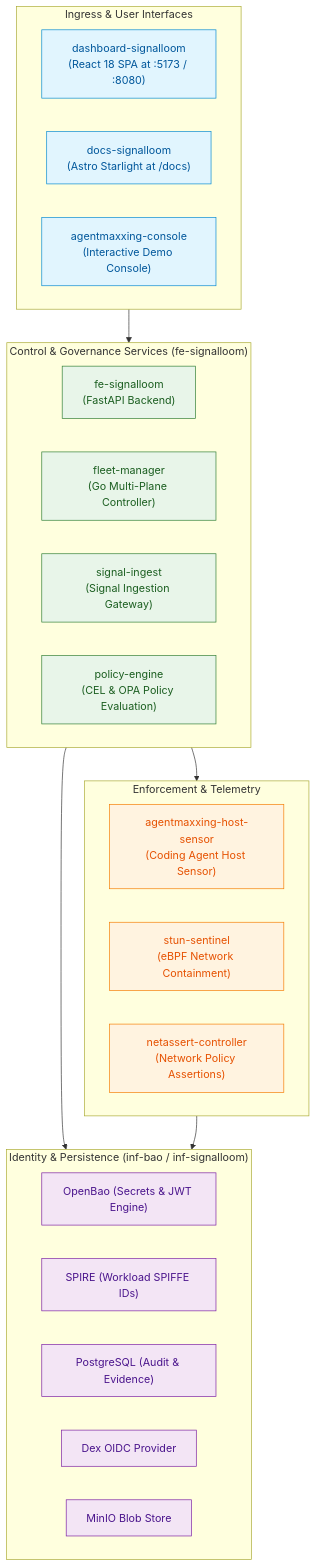
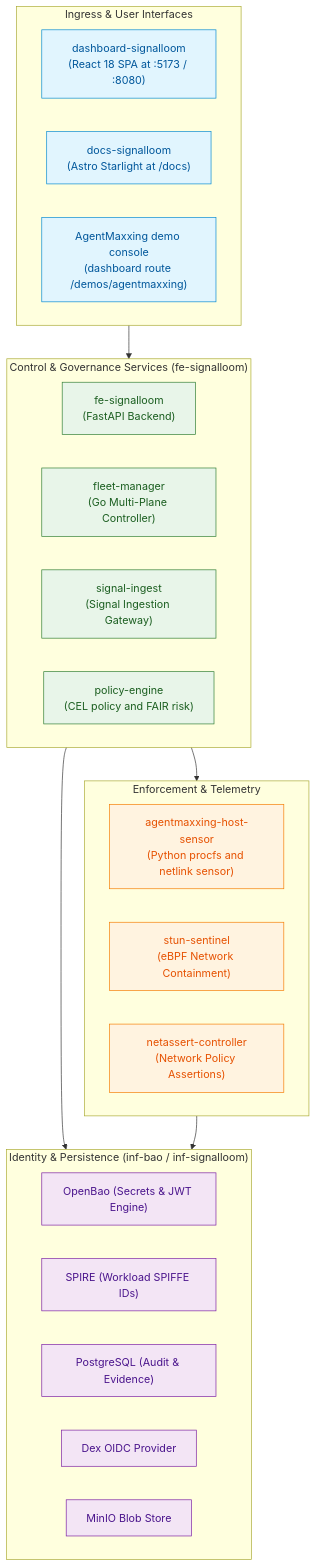
The diagram in d2-signalloom/AGENTS.md (sublimino/architecture-as-code), drawn with Mermaid before and after one commit. The commit also changed other lines of this file and 5 other files, not shown here.

````diff
--- a/d2-signalloom/AGENTS.md
+++ b/d2-signalloom/AGENTS.md
@@ -8,43 +10,43 @@
 ```mermaid
 flowchart TB
   subgraph INGRESS["Ingress & User Interfaces"]
     SPA["dashboard-signalloom<br/>(React 18 SPA at :5173 / :8080)"]
     DOCS["docs-signalloom<br/>(Astro Starlight at /docs)"]
-    CONSOLE["agentmaxxing-console<br/>(Interactive Demo Console)"]
+    CONSOLE["AgentMaxxing demo console<br/>(dashboard route /demos/agentmaxxing)"]
   end
 
   subgraph CONTROL["Control & Governance Services (fe-signalloom)"]
     API["fe-signalloom<br/>(FastAPI Backend)"]
     FM["fleet-manager<br/>(Go Multi-Plane Controller)"]
     INGEST["signal-ingest<br/>(Signal Ingestion Gateway)"]
-    PE["policy-engine<br/>(CEL & OPA Policy Evaluation)"]
+    PE["policy-engine<br/>(CEL policy and FAIR risk)"]
   end
 
   subgraph ENFORCE["Enforcement & Telemetry"]
-    SENSOR["agentmaxxing-host-sensor<br/>(Coding Agent Host Sensor)"]
+    SENSOR["agentmaxxing-host-sensor<br/>(Python procfs and netlink sensor)"]
     SENTINEL["stun-sentinel<br/>(eBPF Network Containment)"]
     NETASSERT["netassert-controller<br/>(Network Policy Assertions)"]
   end
 
   subgraph IDENTITY["Identity & Persistence (inf-bao / inf-signalloom)"]
     BAO["OpenBao (Secrets & JWT Engine)"]
     SPIRE["SPIRE (Workload SPIFFE IDs)"]
     PG["PostgreSQL (Audit & Evidence)"]
     DEX["Dex OIDC Provider"]
     MINIO["MinIO Blob Store"]
   end
 
   INGRESS --> CONTROL
   CONTROL --> ENFORCE
   CONTROL --> IDENTITY
   ENFORCE --> IDENTITY
 
   classDef ui fill:#e1f5fe,stroke:#0288d1,color:#01579b;
   classDef ctrl fill:#e8f5e9,stroke:#2e7d32,color:#1b5e20;
   classDef enf fill:#fff3e0,stroke:#f57c00,color:#e65100;
   classDef idp fill:#f3e5f5,stroke:#7b1fa2,color:#4a148c;
   class SPA,DOCS,CONSOLE ui;
   class API,FM,INGEST,PE ctrl;
   class SENSOR,SENTINEL,NETASSERT enf;
   class BAO,SPIRE,PG,DEX,MINIO idp;
 ```
````
